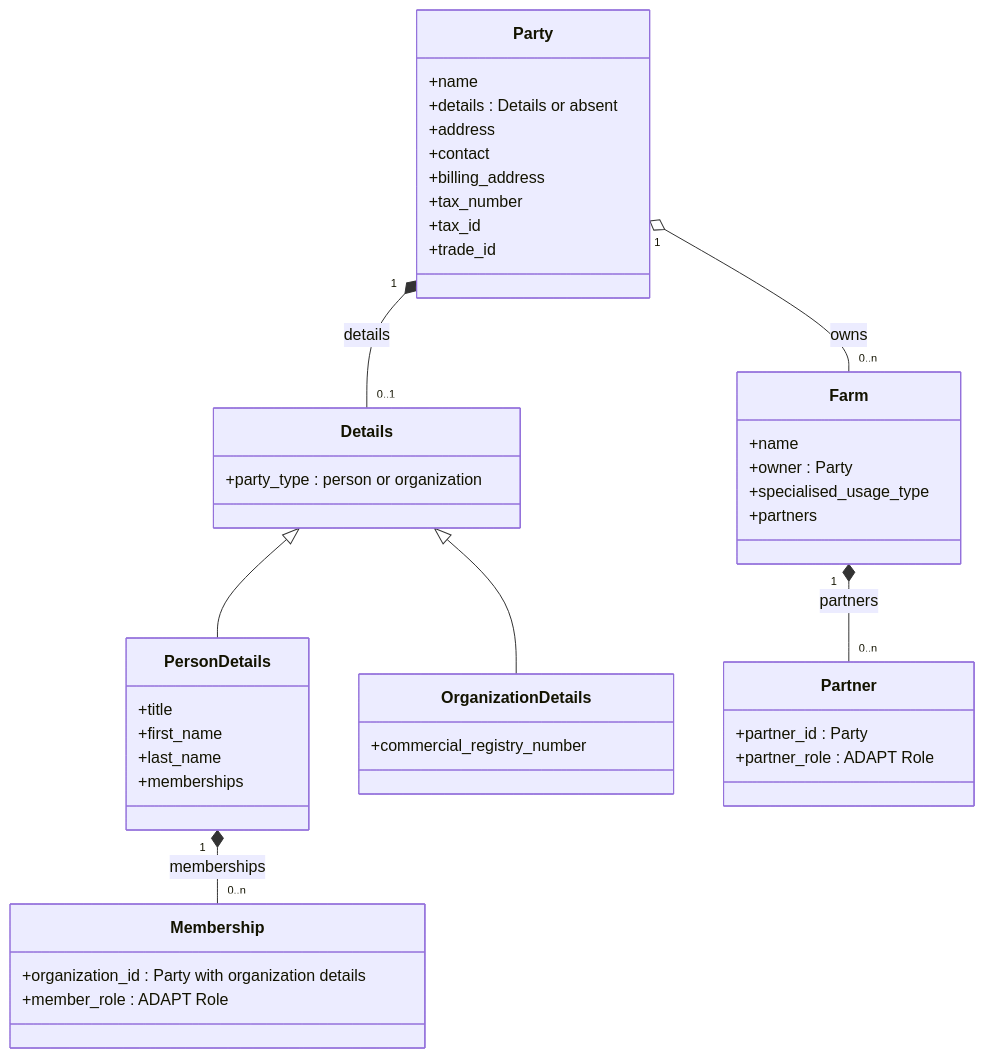
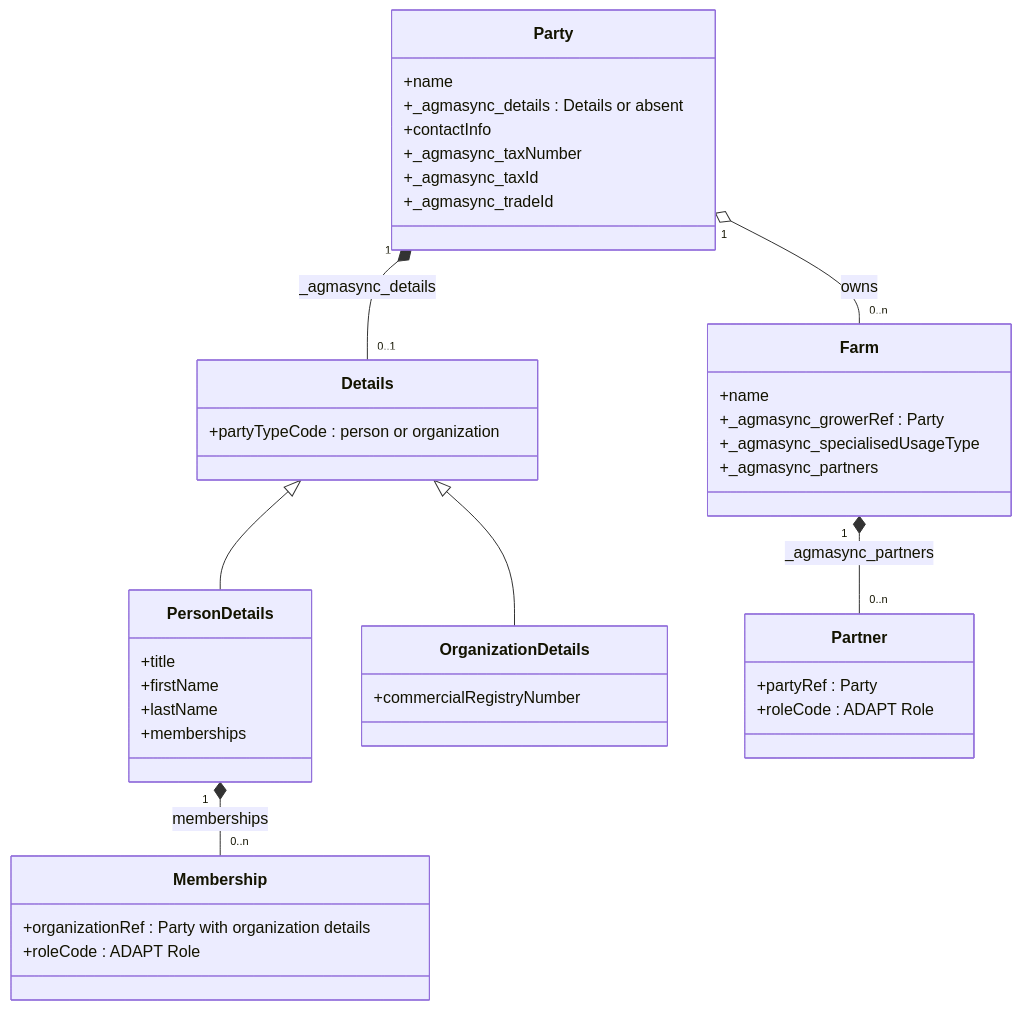
One commit to DKE-Data/masterdata-sync-working-group changed the first of 6 diagrams in architecture/08-party-model.md. Above: the diagram before and after it, drawn with Mermaid. The commit also changed other lines of this file and 11 other files, not shown here.

````diff
--- a/architecture/08-party-model.md
+++ b/architecture/08-party-model.md
@@ -58,46 +58,44 @@
 ```mermaid
 classDiagram
     direction TB
     class Party {
         +name
-        +details : Details or absent
-        +address
-        +contact
-        +billing_address
-        +tax_number
-        +tax_id
-        +trade_id
+        +_agmasync_details : Details or absent
+        +contactInfo
+        +_agmasync_taxNumber
+        +_agmasync_taxId
+        +_agmasync_tradeId
     }
     class Details {
-        +party_type : person or organization
+        +partyTypeCode : person or organization
     }
     class PersonDetails {
         +title
-        +first_name
-        +last_name
+        +firstName
+        +lastName
         +memberships
     }
     class OrganizationDetails {
-        +commercial_registry_number
+        +commercialRegistryNumber
     }
     class Membership {
-        +organization_id : Party with organization details
-        +member_role : ADAPT Role
+        +organizationRef : Party with organization details
+        +roleCode : ADAPT Role
     }
     class Farm {
         +name
-        +owner : Party
-        +specialised_usage_type
-        +partners
+        +_agmasync_growerRef : Party
+        +_agmasync_specialisedUsageType
+        +_agmasync_partners
     }
     class Partner {
-        +partner_id : Party
-        +partner_role : ADAPT Role
+        +partyRef : Party
+        +roleCode : ADAPT Role
     }
-    Party "1" *-- "0..1" Details : details
+    Party "1" *-- "0..1" Details : _agmasync_details
     Details <|-- PersonDetails
     Details <|-- OrganizationDetails
     PersonDetails "1" *-- "0..n" Membership : memberships
     Party "1" o-- "0..n" Farm : owns
-    Farm "1" *-- "0..n" Partner : partners
+    Farm "1" *-- "0..n" Partner : _agmasync_partners
 ```
````
